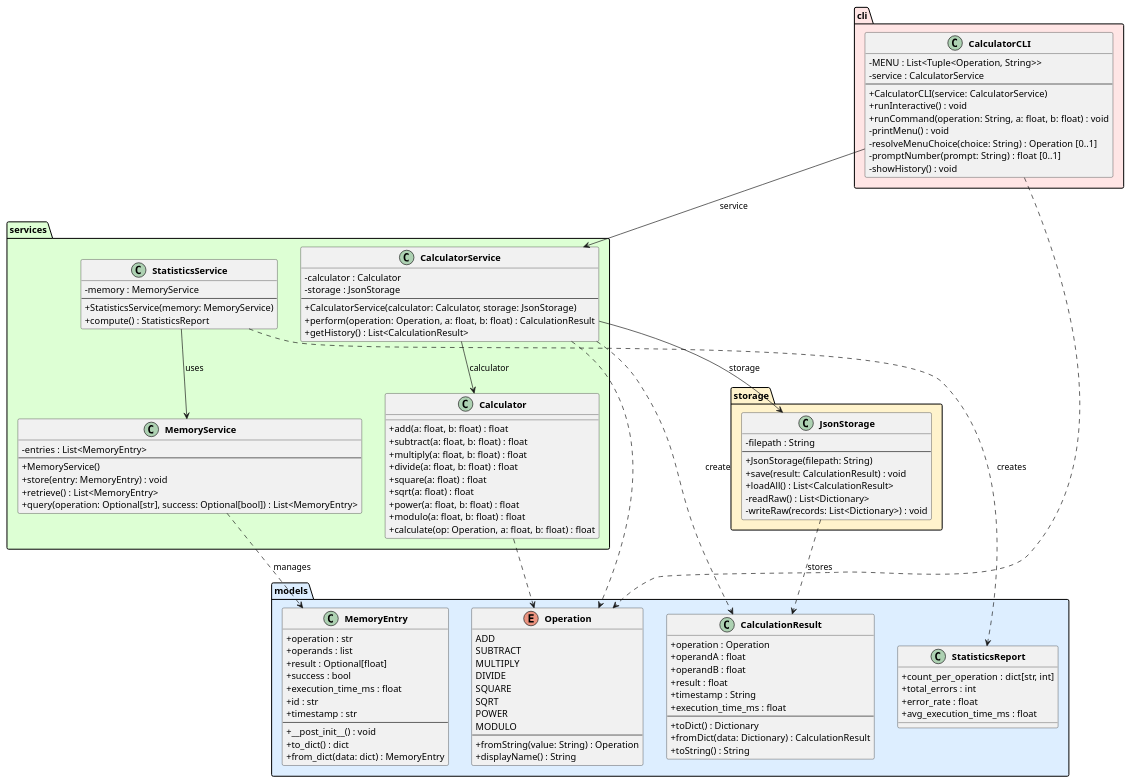
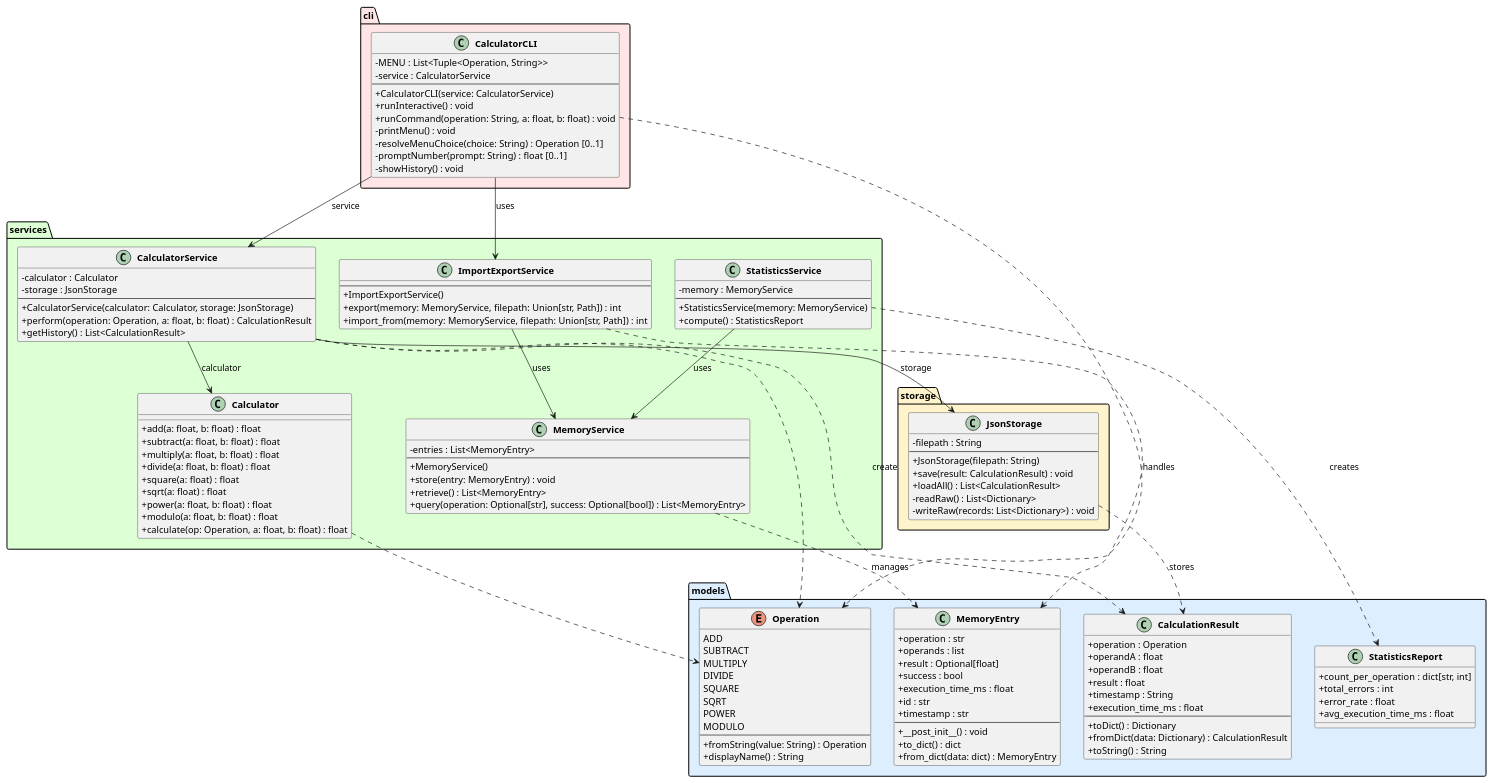
One commit to DanielRiha8906/Software_autoevolution_using_agents changed the diagram in experiments/supervisor_as_tools/test_driven/calculator/artifacts/class_diagram.puml. Above: the diagram before and after it, drawn with PlantUML. The commit also changed 7 other files, not shown here.

```diff
--- a/experiments/supervisor_as_tools/test_driven/calculator/artifacts/class_diagram.puml
+++ b/experiments/supervisor_as_tools/test_driven/calculator/artifacts/class_diagram.puml
@@ -1,135 +1,145 @@
 @startuml class_diagram
 
 skinparam classAttributeIconSize 0
 skinparam classFontStyle bold
 
 package "models" #DDEEFF {
     enum Operation {
         ADD
         SUBTRACT
         MULTIPLY
         DIVIDE
         SQUARE
         SQRT
         POWER
         MODULO
         --
         +fromString(value: String) : Operation
         +displayName() : String
     }
 
     class CalculationResult {
         +operation : Operation
         +operandA : float
         +operandB : float
         +result : float
         +timestamp : String
         +execution_time_ms : float
         --
         +toDict() : Dictionary
         +fromDict(data: Dictionary) : CalculationResult
         +toString() : String
     }
 
     class MemoryEntry {
         +operation : str
         +operands : list
         +result : Optional[float]
         +success : bool
         +execution_time_ms : float
         +id : str
         +timestamp : str
         --
         +__post_init__() : void
         +to_dict() : dict
         +from_dict(data: dict) : MemoryEntry
     }
 
     class StatisticsReport {
         +count_per_operation : dict[str, int]
         +total_errors : int
         +error_rate : float
         +avg_execution_time_ms : float
     }
 }
 
 package "services" #DDFFD4 {
     class Calculator {
         +add(a: float, b: float) : float
         +subtract(a: float, b: float) : float
         +multiply(a: float, b: float) : float
         +divide(a: float, b: float) : float
         +square(a: float) : float
         +sqrt(a: float) : float
         +power(a: float, b: float) : float
         +modulo(a: float, b: float) : float
         +calculate(op: Operation, a: float, b: float) : float
     }
 
     class CalculatorService {
         -calculator : Calculator
         -storage : JsonStorage
         --
         +CalculatorService(calculator: Calculator, storage: JsonStorage)
         +perform(operation: Operation, a: float, b: float) : CalculationResult
         +getHistory() : List<CalculationResult>
     }
 
     class MemoryService {
         -entries : List<MemoryEntry>
         --
         +MemoryService()
         +store(entry: MemoryEntry) : void
         +retrieve() : List<MemoryEntry>
         +query(operation: Optional[str], success: Optional[bool]) : List<MemoryEntry>
     }
 
     class StatisticsService {
         -memory : MemoryService
         --
         +StatisticsService(memory: MemoryService)
         +compute() : StatisticsReport
     }
+
+    class ImportExportService {
+        --
+        +ImportExportService()
+        +export(memory: MemoryService, filepath: Union[str, Path]) : int
+        +import_from(memory: MemoryService, filepath: Union[str, Path]) : int
+    }
 }
 
 package "storage" #FFF3CC {
     class JsonStorage {
         -filepath : String
         --
         +JsonStorage(filepath: String)
         +save(result: CalculationResult) : void
         +loadAll() : List<CalculationResult>
         -readRaw() : List<Dictionary>
         -writeRaw(records: List<Dictionary>) : void
     }
 }
 
 package "cli" #FFE5E5 {
     class CalculatorCLI {
         -MENU : List<Tuple<Operation, String>>
         -service : CalculatorService
         --
         +CalculatorCLI(service: CalculatorService)
         +runInteractive() : void
         +runCommand(operation: String, a: float, b: float) : void
         -printMenu() : void
         -resolveMenuChoice(choice: String) : Operation [0..1]
         -promptNumber(prompt: String) : float [0..1]
         -showHistory() : void
     }
 }
 
 CalculatorCLI --> CalculatorService : service
+CalculatorCLI --> ImportExportService : uses
 CalculatorService --> Calculator : calculator
 CalculatorService --> JsonStorage : storage
 StatisticsService --> MemoryService : uses
+ImportExportService --> MemoryService : uses
 
 CalculatorService ..> CalculationResult : create
 CalculatorService ..> Operation
 CalculatorCLI ..> Operation
 Calculator ..> Operation
 JsonStorage ..> CalculationResult : stores
 MemoryService ..> MemoryEntry : manages
 StatisticsService ..> StatisticsReport : creates
+ImportExportService ..> MemoryEntry : handles
 
 @enduml
```
